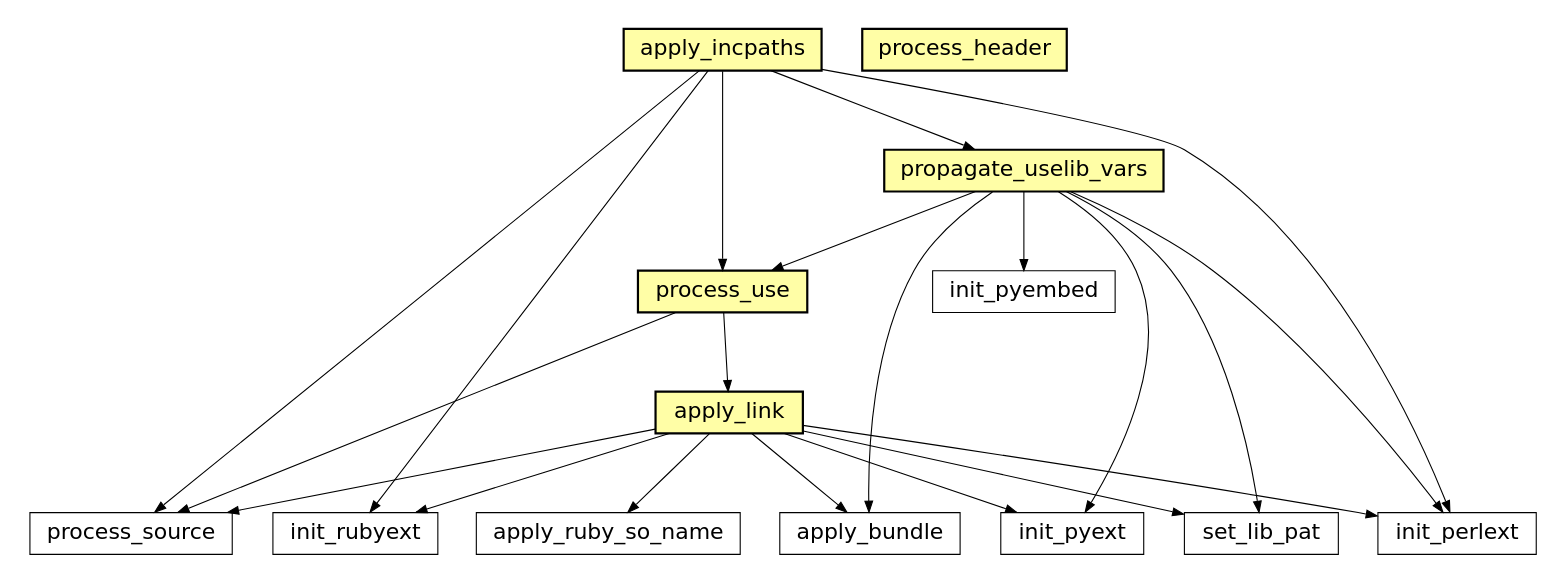
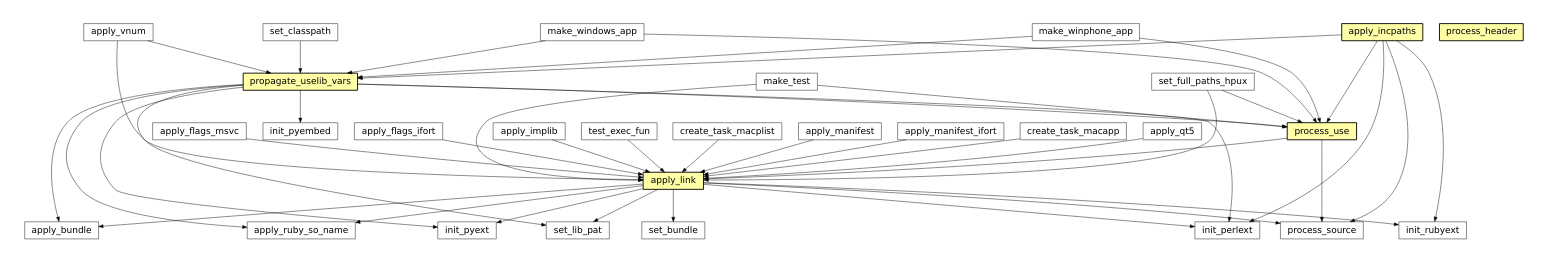
Before and after one commit to timb-machine-mirrors/gitlab-org-protocol-fuzzer-ce: the tenth of 45 diagrams in build/waf/docs/sphinx/featuremap.rst, drawn with Graphviz. The commit also changed other lines of this file and 601 other files, not shown here.

```diff
--- a/build/waf/docs/sphinx/featuremap.rst
+++ b/build/waf/docs/sphinx/featuremap.rst
@@ -280,38 +453,76 @@
 .. graphviz::
 
 	digraph feature_d {
-	size="8.0, 12.0";
-		"process_use" [style="setlinewidth(0.5)",URL="tools/ccroot.html#waflib.Tools.ccroot.process_use",fontname="Vera Sans, DejaVu Sans, Liberation Sans, Arial, Helvetica, sans",height=0.25,shape=box,fontsize=10,fillcolor="#fffea6",style=filled];
-	"process_header" [style="setlinewidth(0.5)",URL="tools/d.html#waflib.Tools.d.process_header",fontname="Vera Sans, DejaVu Sans, Liberation Sans, Arial, Helvetica, sans",height=0.25,shape=box,fontsize=10,fillcolor="#fffea6",style=filled];
-	"apply_ruby_so_name" [style="setlinewidth(0.5)",URL="tools/ruby.html#waflib.Tools.ruby.apply_ruby_so_name",fontname="Vera Sans, DejaVu Sans, Liberation Sans, Arial, Helvetica, sans",height=0.25,shape=box,fontsize=10];
-	"process_source" [style="setlinewidth(0.5)",URL="TaskGen.html#waflib.TaskGen.process_source",fontname="Vera Sans, DejaVu Sans, Liberation Sans, Arial, Helvetica, sans",height=0.25,shape=box,fontsize=10];
-	"apply_incpaths" [style="setlinewidth(0.5)",URL="tools/ccroot.html#waflib.Tools.ccroot.apply_incpaths",fontname="Vera Sans, DejaVu Sans, Liberation Sans, Arial, Helvetica, sans",height=0.25,shape=box,fontsize=10,fillcolor="#fffea6",style=filled];
-	"apply_link" [style="setlinewidth(0.5)",URL="tools/ccroot.html#waflib.Tools.ccroot.apply_link",fontname="Vera Sans, DejaVu Sans, Liberation Sans, Arial, Helvetica, sans",height=0.25,shape=box,fontsize=10,fillcolor="#fffea6",style=filled];
-	"init_pyext" [style="setlinewidth(0.5)",URL="tools/python.html#waflib.Tools.python.init_pyext",fontname="Vera Sans, DejaVu Sans, Liberation Sans, Arial, Helvetica, sans",height=0.25,shape=box,fontsize=10];
-	"init_rubyext" [style="setlinewidth(0.5)",URL="tools/ruby.html#waflib.Tools.ruby.init_rubyext",fontname="Vera Sans, DejaVu Sans, Liberation Sans, Arial, Helvetica, sans",height=0.25,shape=box,fontsize=10];
-	"init_perlext" [style="setlinewidth(0.5)",URL="tools/perl.html#waflib.Tools.perl.init_perlext",fontname="Vera Sans, DejaVu Sans, Liberation Sans, Arial, Helvetica, sans",height=0.25,shape=box,fontsize=10];
-	"set_lib_pat" [style="setlinewidth(0.5)",URL="tools/fc_config.html#waflib.Tools.fc_config.set_lib_pat",fontname="Vera Sans, DejaVu Sans, Liberation Sans, Arial, Helvetica, sans",height=0.25,shape=box,fontsize=10];
-	"propagate_uselib_vars" [style="setlinewidth(0.5)",URL="tools/ccroot.html#waflib.Tools.ccroot.propagate_uselib_vars",fontname="Vera Sans, DejaVu Sans, Liberation Sans, Arial, Helvetica, sans",height=0.25,shape=box,fontsize=10,fillcolor="#fffea6",style=filled];
-	"init_pyembed" [style="setlinewidth(0.5)",URL="tools/python.html#waflib.Tools.python.init_pyembed",fontname="Vera Sans, DejaVu Sans, Liberation Sans, Arial, Helvetica, sans",height=0.25,shape=box,fontsize=10];
-	"apply_bundle" [style="setlinewidth(0.5)",URL="tools/c_osx.html#waflib.Tools.c_osx.apply_bundle",fontname="Vera Sans, DejaVu Sans, Liberation Sans, Arial, Helvetica, sans",height=0.25,shape=box,fontsize=10];
-	"process_use" -> "apply_link" [arrowsize=0.5,style="setlinewidth(0.5)"];
-	"process_use" -> "process_source" [arrowsize=0.5,style="setlinewidth(0.5)"];
-	"apply_incpaths" -> "propagate_uselib_vars" [arrowsize=0.5,style="setlinewidth(0.5)"];
-	"apply_incpaths" -> "process_source" [arrowsize=0.5,style="setlinewidth(0.5)"];
-	"apply_incpaths" -> "process_use" [arrowsize=0.5,style="setlinewidth(0.5)"];
-	"apply_incpaths" -> "init_rubyext" [arrowsize=0.5,style="setlinewidth(0.5)"];
-	"apply_incpaths" -> "init_perlext" [arrowsize=0.5,style="setlinewidth(0.5)"];
-	"propagate_uselib_vars" -> "apply_bundle" [arrowsize=0.5,style="setlinewidth(0.5)"];
-	"propagate_uselib_vars" -> "process_use" [arrowsize=0.5,style="setlinewidth(0.5)"];
-	"propagate_uselib_vars" -> "set_lib_pat" [arrowsize=0.5,style="setlinewidth(0.5)"];
-	"propagate_uselib_vars" -> "init_pyext" [arrowsize=0.5,style="setlinewidth(0.5)"];
-	"propagate_uselib_vars" -> "init_pyembed" [arrowsize=0.5,style="setlinewidth(0.5)"];
-	"propagate_uselib_vars" -> "init_perlext" [arrowsize=0.5,style="setlinewidth(0.5)"];
-	"apply_link" -> "apply_bundle" [arrowsize=0.5,style="setlinewidth(0.5)"];
-	"apply_link" -> "process_source" [arrowsize=0.5,style="setlinewidth(0.5)"];
-	"apply_link" -> "set_lib_pat" [arrowsize=0.5,style="setlinewidth(0.5)"];
-	"apply_link" -> "init_rubyext" [arrowsize=0.5,style="setlinewidth(0.5)"];
-	"apply_link" -> "apply_ruby_so_name" [arrowsize=0.5,style="setlinewidth(0.5)"];
-	"apply_link" -> "init_pyext" [arrowsize=0.5,style="setlinewidth(0.5)"];
-	"apply_link" -> "init_perlext" [arrowsize=0.5,style="setlinewidth(0.5)"];
+		size="8.0, 12.0";
+		"make_test" [style="setlinewidth(0.5)",URL="../tools/waf_unit_test.html#waflib.Tools.waf_unit_test.make_test",target="_top",fontname="Vera Sans, DejaVu Sans, Liberation Sans, Arial, Helvetica, sans",height=0.25,shape="rectangle",fontsize=10];
+		"apply_incpaths" [style="setlinewidth(0.5)",URL="../tools/ccroot.html#waflib.Tools.ccroot.apply_incpaths",target="_top",fontname="Vera Sans, DejaVu Sans, Liberation Sans, Arial, Helvetica, sans",height=0.25,shape="rectangle",fontsize=10,fillcolor="#fffea6",style=filled];
+		"set_bundle" [style="setlinewidth(0.5)",URL="../tools/python.html#waflib.Tools.python.set_bundle",target="_top",fontname="Vera Sans, DejaVu Sans, Liberation Sans, Arial, Helvetica, sans",height=0.25,shape="rectangle",fontsize=10];
+		"set_lib_pat" [style="setlinewidth(0.5)",URL="../tools/fc_config.html#waflib.Tools.fc_config.set_lib_pat",target="_top",fontname="Vera Sans, DejaVu Sans, Liberation Sans, Arial, Helvetica, sans",height=0.25,shape="rectangle",fontsize=10];
+		"apply_flags_ifort" [style="setlinewidth(0.5)",URL="../tools/ifort.html#waflib.Tools.ifort.apply_flags_ifort",target="_top",fontname="Vera Sans, DejaVu Sans, Liberation Sans, Arial, Helvetica, sans",height=0.25,shape="rectangle",fontsize=10];
+		"apply_bundle" [style="setlinewidth(0.5)",URL="../tools/c_osx.html#waflib.Tools.c_osx.apply_bundle",target="_top",fontname="Vera Sans, DejaVu Sans, Liberation Sans, Arial, Helvetica, sans",height=0.25,shape="rectangle",fontsize=10];
+		"process_use" [style="setlinewidth(0.5)",URL="../tools/ccroot.html#waflib.Tools.ccroot.process_use",target="_top",fontname="Vera Sans, DejaVu Sans, Liberation Sans, Arial, Helvetica, sans",height=0.25,shape="rectangle",fontsize=10,fillcolor="#fffea6",style=filled];
+		"apply_implib" [style="setlinewidth(0.5)",URL="../tools/ccroot.html#waflib.Tools.ccroot.apply_implib",target="_top",fontname="Vera Sans, DejaVu Sans, Liberation Sans, Arial, Helvetica, sans",height=0.25,shape="rectangle",fontsize=10];
+		"apply_ruby_so_name" [style="setlinewidth(0.5)",URL="../tools/ruby.html#waflib.Tools.ruby.apply_ruby_so_name",target="_top",fontname="Vera Sans, DejaVu Sans, Liberation Sans, Arial, Helvetica, sans",height=0.25,shape="rectangle",fontsize=10];
+		"set_full_paths_hpux" [style="setlinewidth(0.5)",URL="../tools/ccroot.html#waflib.Tools.ccroot.set_full_paths_hpux",target="_top",fontname="Vera Sans, DejaVu Sans, Liberation Sans, Arial, Helvetica, sans",height=0.25,shape="rectangle",fontsize=10];
+		"test_exec_fun" [style="setlinewidth(0.5)",URL="../tools/c_config.html#waflib.Tools.c_config.test_exec_fun",target="_top",fontname="Vera Sans, DejaVu Sans, Liberation Sans, Arial, Helvetica, sans",height=0.25,shape="rectangle",fontsize=10];
+		"apply_link" [style="setlinewidth(0.5)",URL="../tools/ccroot.html#waflib.Tools.ccroot.apply_link",target="_top",fontname="Vera Sans, DejaVu Sans, Liberation Sans, Arial, Helvetica, sans",height=0.25,shape="rectangle",fontsize=10,fillcolor="#fffea6",style=filled];
+		"init_pyext" [style="setlinewidth(0.5)",URL="../tools/python.html#waflib.Tools.python.init_pyext",target="_top",fontname="Vera Sans, DejaVu Sans, Liberation Sans, Arial, Helvetica, sans",height=0.25,shape="rectangle",fontsize=10];
+		"init_rubyext" [style="setlinewidth(0.5)",URL="../tools/ruby.html#waflib.Tools.ruby.init_rubyext",target="_top",fontname="Vera Sans, DejaVu Sans, Liberation Sans, Arial, Helvetica, sans",height=0.25,shape="rectangle",fontsize=10];
+		"apply_vnum" [style="setlinewidth(0.5)",URL="../tools/ccroot.html#waflib.Tools.ccroot.apply_vnum",target="_top",fontname="Vera Sans, DejaVu Sans, Liberation Sans, Arial, Helvetica, sans",height=0.25,shape="rectangle",fontsize=10];
+		"create_task_macplist" [style="setlinewidth(0.5)",URL="../tools/c_osx.html#waflib.Tools.c_osx.create_task_macplist",target="_top",fontname="Vera Sans, DejaVu Sans, Liberation Sans, Arial, Helvetica, sans",height=0.25,shape="rectangle",fontsize=10];
+		"make_windows_app" [style="setlinewidth(0.5)",URL="../tools/msvc.html#waflib.Tools.msvc.make_windows_app",target="_top",fontname="Vera Sans, DejaVu Sans, Liberation Sans, Arial, Helvetica, sans",height=0.25,shape="rectangle",fontsize=10];
+		"process_header" [style="setlinewidth(0.5)",URL="../tools/d.html#waflib.Tools.d.process_header",target="_top",fontname="Vera Sans, DejaVu Sans, Liberation Sans, Arial, Helvetica, sans",height=0.25,shape="rectangle",fontsize=10,fillcolor="#fffea6",style=filled];
+		"apply_manifest" [style="setlinewidth(0.5)",URL="../tools/msvc.html#waflib.Tools.msvc.apply_manifest",target="_top",fontname="Vera Sans, DejaVu Sans, Liberation Sans, Arial, Helvetica, sans",height=0.25,shape="rectangle",fontsize=10];
+		"process_source" [style="setlinewidth(0.5)",URL="../TaskGen.html#waflib.TaskGen.process_source",target="_top",fontname="Vera Sans, DejaVu Sans, Liberation Sans, Arial, Helvetica, sans",height=0.25,shape="rectangle",fontsize=10];
+		"apply_manifest_ifort" [style="setlinewidth(0.5)",URL="../tools/ifort.html#waflib.Tools.ifort.apply_manifest_ifort",target="_top",fontname="Vera Sans, DejaVu Sans, Liberation Sans, Arial, Helvetica, sans",height=0.25,shape="rectangle",fontsize=10];
+		"make_winphone_app" [style="setlinewidth(0.5)",URL="../tools/msvc.html#waflib.Tools.msvc.make_winphone_app",target="_top",fontname="Vera Sans, DejaVu Sans, Liberation Sans, Arial, Helvetica, sans",height=0.25,shape="rectangle",fontsize=10];
+		"set_classpath" [style="setlinewidth(0.5)",URL="../tools/javaw.html#waflib.Tools.javaw.set_classpath",target="_top",fontname="Vera Sans, DejaVu Sans, Liberation Sans, Arial, Helvetica, sans",height=0.25,shape="rectangle",fontsize=10];
+		"init_pyembed" [style="setlinewidth(0.5)",URL="../tools/python.html#waflib.Tools.python.init_pyembed",target="_top",fontname="Vera Sans, DejaVu Sans, Liberation Sans, Arial, Helvetica, sans",height=0.25,shape="rectangle",fontsize=10];
+		"init_perlext" [style="setlinewidth(0.5)",URL="../tools/perl.html#waflib.Tools.perl.init_perlext",target="_top",fontname="Vera Sans, DejaVu Sans, Liberation Sans, Arial, Helvetica, sans",height=0.25,shape="rectangle",fontsize=10];
+		"create_task_macapp" [style="setlinewidth(0.5)",URL="../tools/c_osx.html#waflib.Tools.c_osx.create_task_macapp",target="_top",fontname="Vera Sans, DejaVu Sans, Liberation Sans, Arial, Helvetica, sans",height=0.25,shape="rectangle",fontsize=10];
+		"apply_qt5" [style="setlinewidth(0.5)",URL="../tools/qt5.html#waflib.Tools.qt5.apply_qt5",target="_top",fontname="Vera Sans, DejaVu Sans, Liberation Sans, Arial, Helvetica, sans",height=0.25,shape="rectangle",fontsize=10];
+		"apply_flags_msvc" [style="setlinewidth(0.5)",URL="../tools/msvc.html#waflib.Tools.msvc.apply_flags_msvc",target="_top",fontname="Vera Sans, DejaVu Sans, Liberation Sans, Arial, Helvetica, sans",height=0.25,shape="rectangle",fontsize=10];
+		"propagate_uselib_vars" [style="setlinewidth(0.5)",URL="../tools/ccroot.html#waflib.Tools.ccroot.propagate_uselib_vars",target="_top",fontname="Vera Sans, DejaVu Sans, Liberation Sans, Arial, Helvetica, sans",height=0.25,shape="rectangle",fontsize=10,fillcolor="#fffea6",style=filled];
+		"make_test" -> "apply_link" [arrowsize=0.5,style="setlinewidth(0.5)"];
+		"make_test" -> "process_use" [arrowsize=0.5,style="setlinewidth(0.5)"];
+		"apply_incpaths" -> "propagate_uselib_vars" [arrowsize=0.5,style="setlinewidth(0.5)"];
+		"apply_incpaths" -> "process_source" [arrowsize=0.5,style="setlinewidth(0.5)"];
+		"apply_incpaths" -> "process_use" [arrowsize=0.5,style="setlinewidth(0.5)"];
+		"apply_incpaths" -> "init_rubyext" [arrowsize=0.5,style="setlinewidth(0.5)"];
+		"apply_incpaths" -> "init_perlext" [arrowsize=0.5,style="setlinewidth(0.5)"];
+		"apply_flags_ifort" -> "apply_link" [arrowsize=0.5,style="setlinewidth(0.5)"];
+		"process_use" -> "apply_link" [arrowsize=0.5,style="setlinewidth(0.5)"];
+		"process_use" -> "process_source" [arrowsize=0.5,style="setlinewidth(0.5)"];
+		"apply_qt5" -> "apply_link" [arrowsize=0.5,style="setlinewidth(0.5)"];
+		"set_full_paths_hpux" -> "apply_link" [arrowsize=0.5,style="setlinewidth(0.5)"];
+		"set_full_paths_hpux" -> "process_use" [arrowsize=0.5,style="setlinewidth(0.5)"];
+		"apply_link" -> "apply_bundle" [arrowsize=0.5,style="setlinewidth(0.5)"];
+		"apply_link" -> "process_source" [arrowsize=0.5,style="setlinewidth(0.5)"];
+		"apply_link" -> "set_lib_pat" [arrowsize=0.5,style="setlinewidth(0.5)"];
+		"apply_link" -> "init_rubyext" [arrowsize=0.5,style="setlinewidth(0.5)"];
+		"apply_link" -> "apply_ruby_so_name" [arrowsize=0.5,style="setlinewidth(0.5)"];
+		"apply_link" -> "init_perlext" [arrowsize=0.5,style="setlinewidth(0.5)"];
+		"apply_link" -> "init_pyext" [arrowsize=0.5,style="setlinewidth(0.5)"];
+		"apply_link" -> "set_bundle" [arrowsize=0.5,style="setlinewidth(0.5)"];
+		"apply_vnum" -> "apply_link" [arrowsize=0.5,style="setlinewidth(0.5)"];
+		"apply_vnum" -> "propagate_uselib_vars" [arrowsize=0.5,style="setlinewidth(0.5)"];
+		"create_task_macplist" -> "apply_link" [arrowsize=0.5,style="setlinewidth(0.5)"];
+		"make_windows_app" -> "propagate_uselib_vars" [arrowsize=0.5,style="setlinewidth(0.5)"];
+		"make_windows_app" -> "process_use" [arrowsize=0.5,style="setlinewidth(0.5)"];
+		"apply_manifest" -> "apply_link" [arrowsize=0.5,style="setlinewidth(0.5)"];
+		"test_exec_fun" -> "apply_link" [arrowsize=0.5,style="setlinewidth(0.5)"];
+		"apply_manifest_ifort" -> "apply_link" [arrowsize=0.5,style="setlinewidth(0.5)"];
+		"make_winphone_app" -> "propagate_uselib_vars" [arrowsize=0.5,style="setlinewidth(0.5)"];
+		"make_winphone_app" -> "process_use" [arrowsize=0.5,style="setlinewidth(0.5)"];
+		"set_classpath" -> "propagate_uselib_vars" [arrowsize=0.5,style="setlinewidth(0.5)"];
+		"create_task_macapp" -> "apply_link" [arrowsize=0.5,style="setlinewidth(0.5)"];
+		"apply_implib" -> "apply_link" [arrowsize=0.5,style="setlinewidth(0.5)"];
+		"apply_flags_msvc" -> "apply_link" [arrowsize=0.5,style="setlinewidth(0.5)"];
+		"propagate_uselib_vars" -> "apply_bundle" [arrowsize=0.5,style="setlinewidth(0.5)"];
+		"propagate_uselib_vars" -> "process_use" [arrowsize=0.5,style="setlinewidth(0.5)"];
+		"propagate_uselib_vars" -> "set_lib_pat" [arrowsize=0.5,style="setlinewidth(0.5)"];
+		"propagate_uselib_vars" -> "apply_ruby_so_name" [arrowsize=0.5,style="setlinewidth(0.5)"];
+		"propagate_uselib_vars" -> "init_perlext" [arrowsize=0.5,style="setlinewidth(0.5)"];
+		"propagate_uselib_vars" -> "init_pyext" [arrowsize=0.5,style="setlinewidth(0.5)"];
+		"propagate_uselib_vars" -> "init_pyembed" [arrowsize=0.5,style="setlinewidth(0.5)"];
 	}
```
